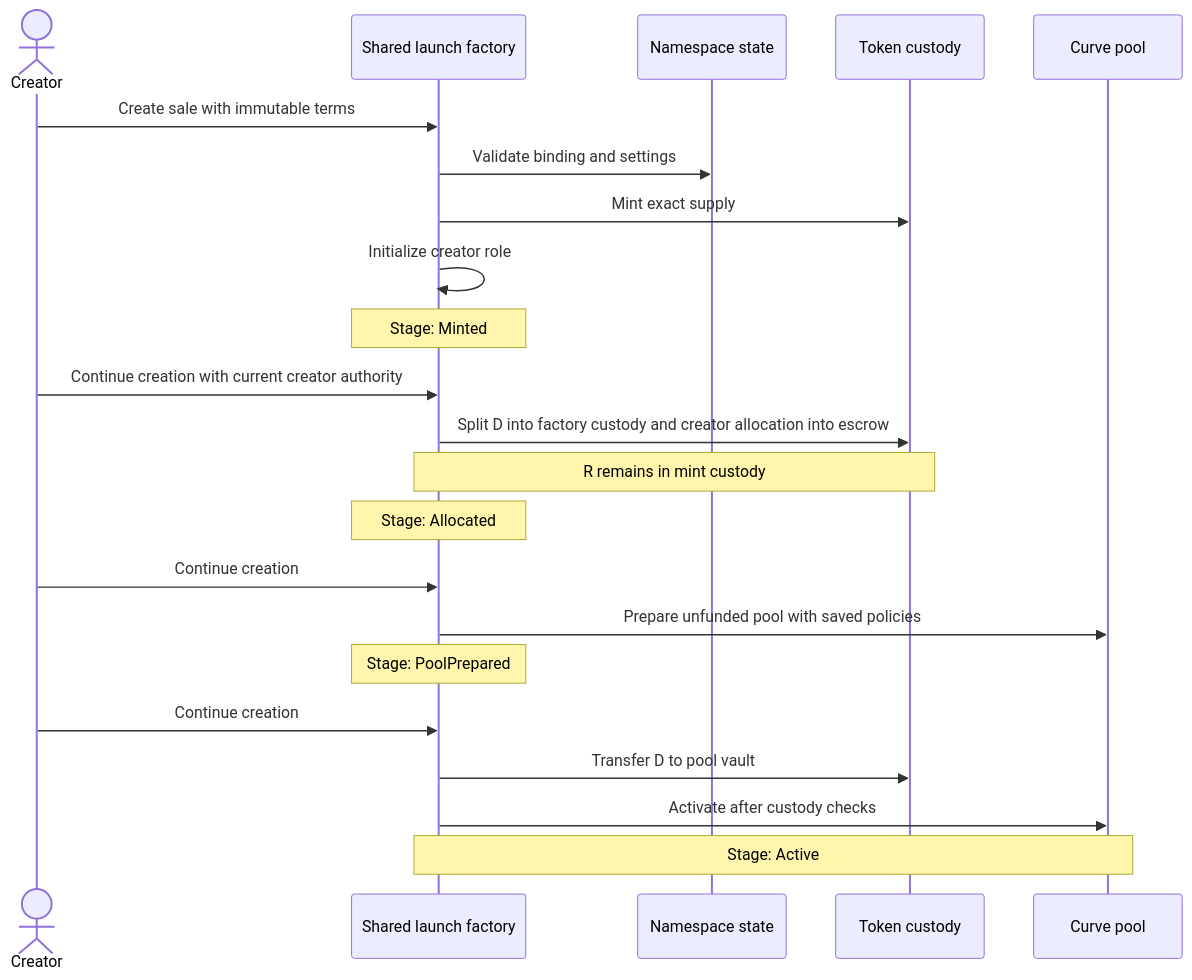
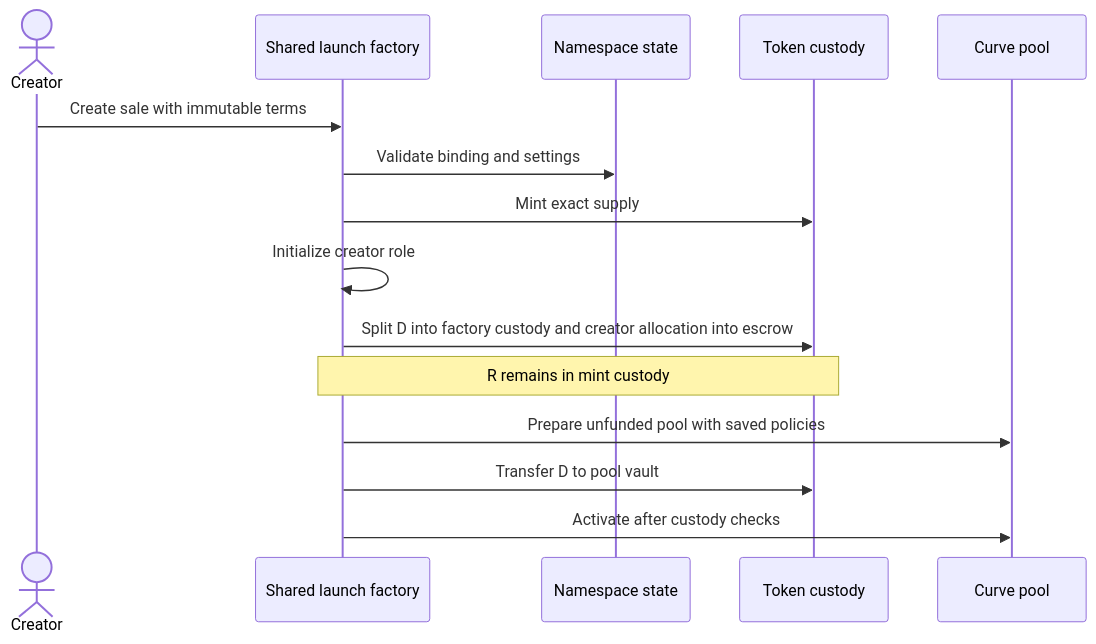
The diagram in docs/architecture/sequence-diagrams/create-curve-pool.md (bleu/logos-launchpad), drawn with Mermaid before and after one commit. The commit also changed other lines of this file and 31 other files, not shown here.

````diff
--- a/docs/architecture/sequence-diagrams/create-curve-pool.md
+++ b/docs/architecture/sequence-diagrams/create-curve-pool.md
@@ -7,25 +7,18 @@
 ```mermaid
 sequenceDiagram
     actor Creator
     participant Factory as Shared launch factory
     participant Namespace as Namespace state
     participant Tokens as Token custody
     participant Pool as Curve pool
 
     Creator->>Factory: Create sale with immutable terms
     Factory->>Namespace: Validate binding and settings
     Factory->>Tokens: Mint exact supply
     Factory->>Factory: Initialize creator role
-    Note over Factory: Stage: Minted
-    Creator->>Factory: Continue creation with current creator authority
     Factory->>Tokens: Split D into factory custody and creator allocation into escrow
     Note over Factory,Tokens: R remains in mint custody
-    Note over Factory: Stage: Allocated
-    Creator->>Factory: Continue creation
     Factory->>Pool: Prepare unfunded pool with saved policies
-    Note over Factory: Stage: PoolPrepared
-    Creator->>Factory: Continue creation
     Factory->>Tokens: Transfer D to pool vault
     Factory->>Pool: Activate after custody checks
-    Note over Factory,Pool: Stage: Active
 ```
````
